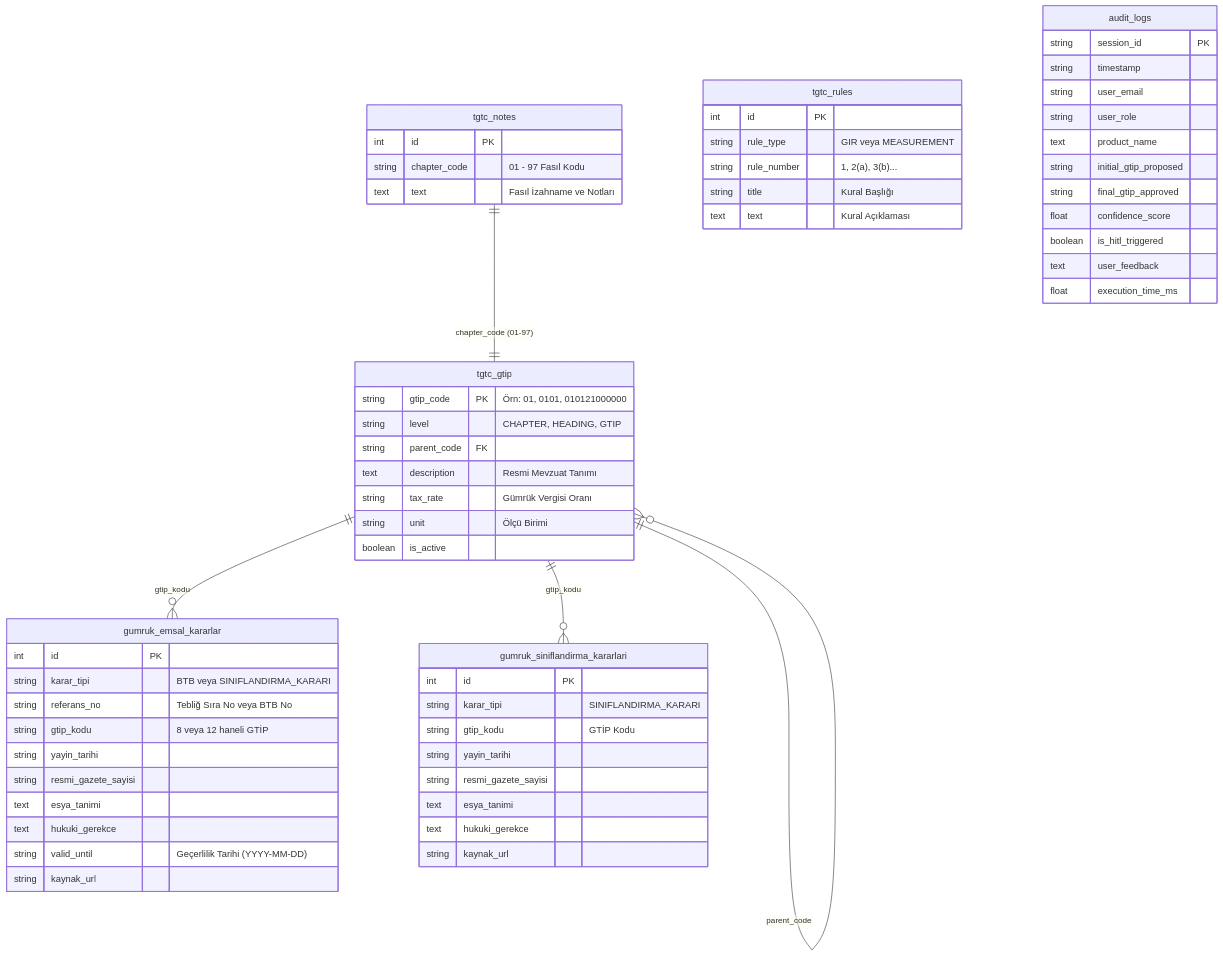
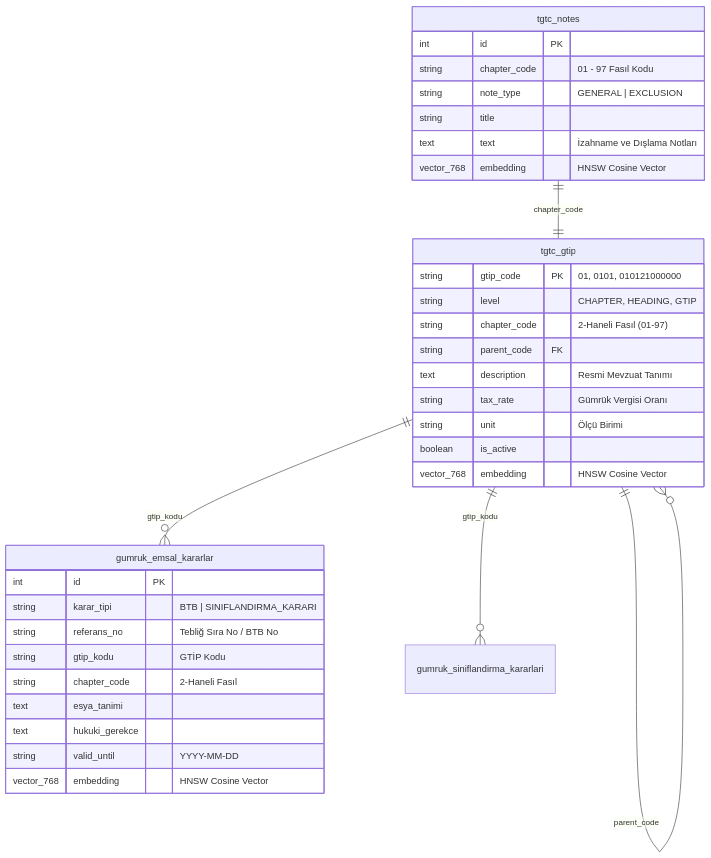
The third of 3 diagrams in gcp_architecture_report.md (yusufarbc/yapay-zeka-gtip-tespiti), drawn with Mermaid before and after one commit. The commit also changed other lines of this file and 12 other files, not shown here.

````diff
--- a/gcp_architecture_report.md
+++ b/gcp_architecture_report.md
@@ -168,69 +189,40 @@
 ```mermaid
 erDiagram
     tgtc_gtip ||--o{ tgtc_gtip : "parent_code"
     tgtc_gtip ||--o{ gumruk_emsal_kararlar : "gtip_kodu"
     tgtc_gtip ||--o{ gumruk_siniflandirma_kararlari : "gtip_kodu"
-    tgtc_notes ||--|| tgtc_gtip : "chapter_code (01-97)"
+    tgtc_notes ||--|| tgtc_gtip : "chapter_code"
     
     tgtc_gtip {
-        string gtip_code PK "Örn: 01, 0101, 010121000000"
+        string gtip_code PK "01, 0101, 010121000000"
         string level "CHAPTER, HEADING, GTIP"
+        string chapter_code "2-Haneli Fasıl (01-97)"
         string parent_code FK
         text description "Resmi Mevzuat Tanımı"
         string tax_rate "Gümrük Vergisi Oranı"
         string unit "Ölçü Birimi"
         boolean is_active
+        vector_768 embedding "HNSW Cosine Vector"
     }
 
     tgtc_notes {
         int id PK
         string chapter_code "01 - 97 Fasıl Kodu"
-        text text "Fasıl İzahname ve Notları"
-    }
-
-    tgtc_rules {
-        int id PK
-        string rule_type "GIR veya MEASUREMENT"
-        string rule_number "1, 2(a), 3(b)..."
-        string title "Kural Başlığı"
-        text text "Kural Açıklaması"
+        string note_type "GENERAL | EXCLUSION"
+        string title
+        text text "İzahname ve Dışlama Notları"
+        vector_768 embedding "HNSW Cosine Vector"
     }
 
     gumruk_emsal_kararlar {
         int id PK
-        string karar_tipi "BTB veya SINIFLANDIRMA_KARARI"
-        string referans_no "Tebliğ Sıra No veya BTB No"
-        string gtip_kodu "8 veya 12 haneli GTİP"
-        string yayin_tarihi
-        string resmi_gazete_sayisi
+        string karar_tipi "BTB | SINIFLANDIRMA_KARARI"
+        string referans_no "Tebliğ Sıra No / BTB No"
+        string gtip_kodu "GTİP Kodu"
+        string chapter_code "2-Haneli Fasıl"
         text esya_tanimi
         text hukuki_gerekce
-        string valid_until "Geçerlilik Tarihi (YYYY-MM-DD)"
-        string kaynak_url
-    }
-
-    gumruk_siniflandirma_kararlari {
-        int id PK
-        string karar_tipi "SINIFLANDIRMA_KARARI"
-        string gtip_kodu "GTİP Kodu"
-        string yayin_tarihi
-        string resmi_gazete_sayisi
-        text esya_tanimi
-        text hukuki_gerekce
-        string kaynak_url
-    }
-
-    audit_logs {
-        string session_id PK
-        string timestamp
-        string user_email
-        string user_role
-        text product_name
-        string initial_gtip_proposed
-        string final_gtip_approved
-        float confidence_score
-        boolean is_hitl_triggered
-        text user_feedback
-        float execution_time_ms
+        string valid_until "YYYY-MM-DD"
+        vector_768 embedding "HNSW Cosine Vector"
     }
 ```
````
